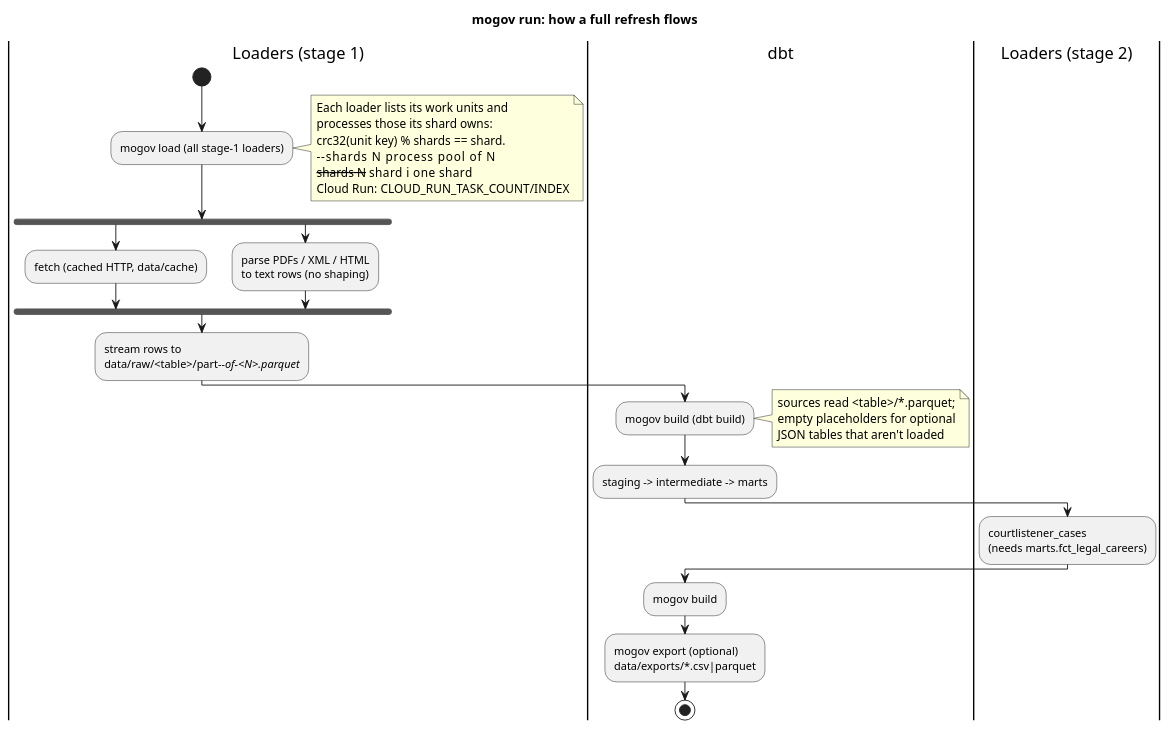
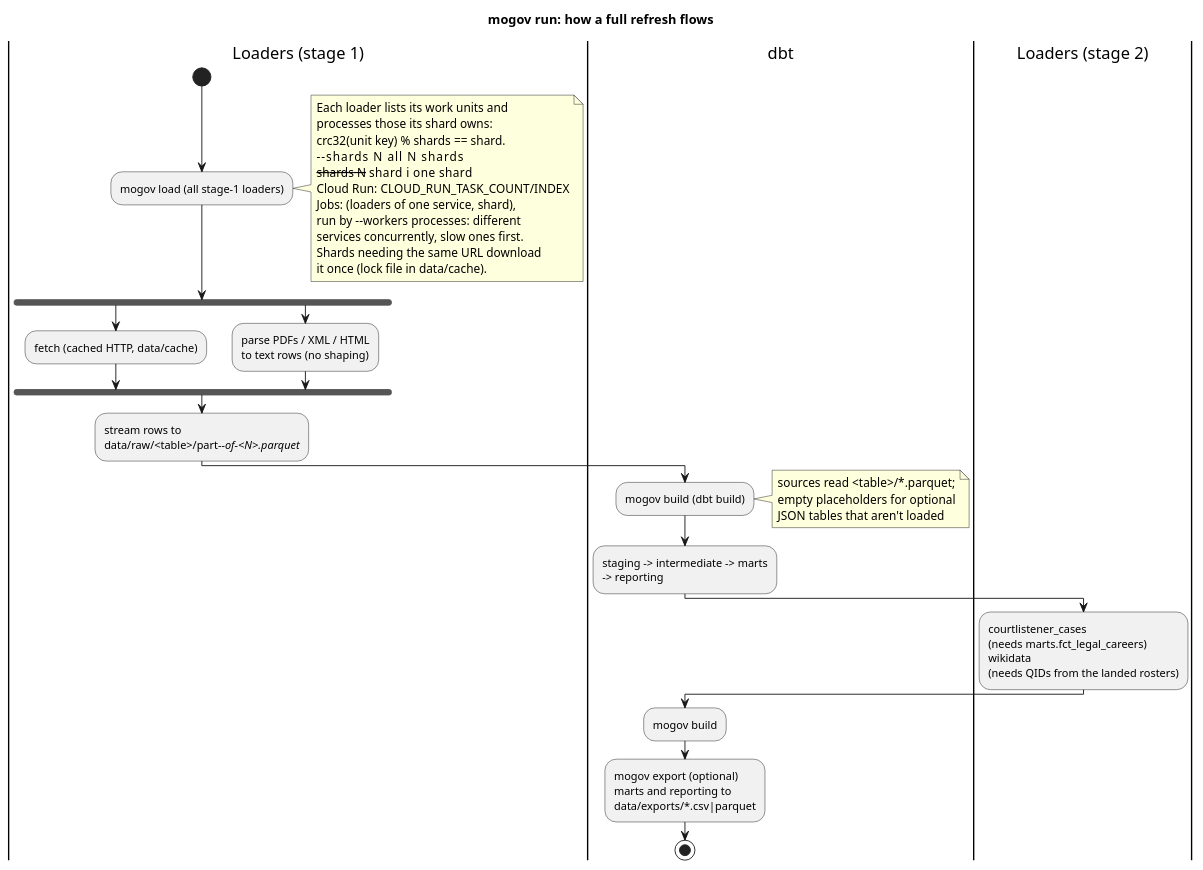
Before and after one commit to akettmann/missouri_gov_feed: the diagram in docs/diagrams/pipeline.puml, drawn with PlantUML. The commit also changed 83 other files, not shown here.

```diff
--- a/docs/diagrams/pipeline.puml
+++ b/docs/diagrams/pipeline.puml
@@ -1,42 +1,51 @@
 @startuml pipeline
 title mogov run: how a full refresh flows
 
 |Loaders (stage 1)|
 start
 :mogov load (all stage-1 loaders);
 note right
   Each loader lists its work units and
   processes those its shard owns:
   crc32(unit key) % shards == shard.
-  --shards N        process pool of N
+  --shards N        all N shards
   --shards N --shard i   one shard
   Cloud Run: CLOUD_RUN_TASK_COUNT/INDEX
+  Jobs: (loaders of one service, shard),
+  run by --workers processes: different
+  services concurrently, slow ones first.
+  Shards needing the same URL download
+  it once (lock file in data/cache).
 end note
 fork
   :fetch (cached HTTP, data/cache);
 fork again
   :parse PDFs / XML / HTML
   to text rows (no shaping);
 end fork
 :stream rows to
 data/raw/<table>/part-<i>-of-<N>.parquet;
 
 |dbt|
 :mogov build (dbt build);
 note right
   sources read <table>/*.parquet;
   empty placeholders for optional
   JSON tables that aren't loaded
 end note
-:staging -> intermediate -> marts;
+:staging -> intermediate -> marts
+-> reporting;
 
 |Loaders (stage 2)|
 :courtlistener_cases
-(needs marts.fct_legal_careers);
+(needs marts.fct_legal_careers)
+wikidata
+(needs QIDs from the landed rosters);
 
 |dbt|
 :mogov build;
 :mogov export (optional)
+marts and reporting to
 data/exports/*.csv|parquet;
 stop
 @enduml
```
